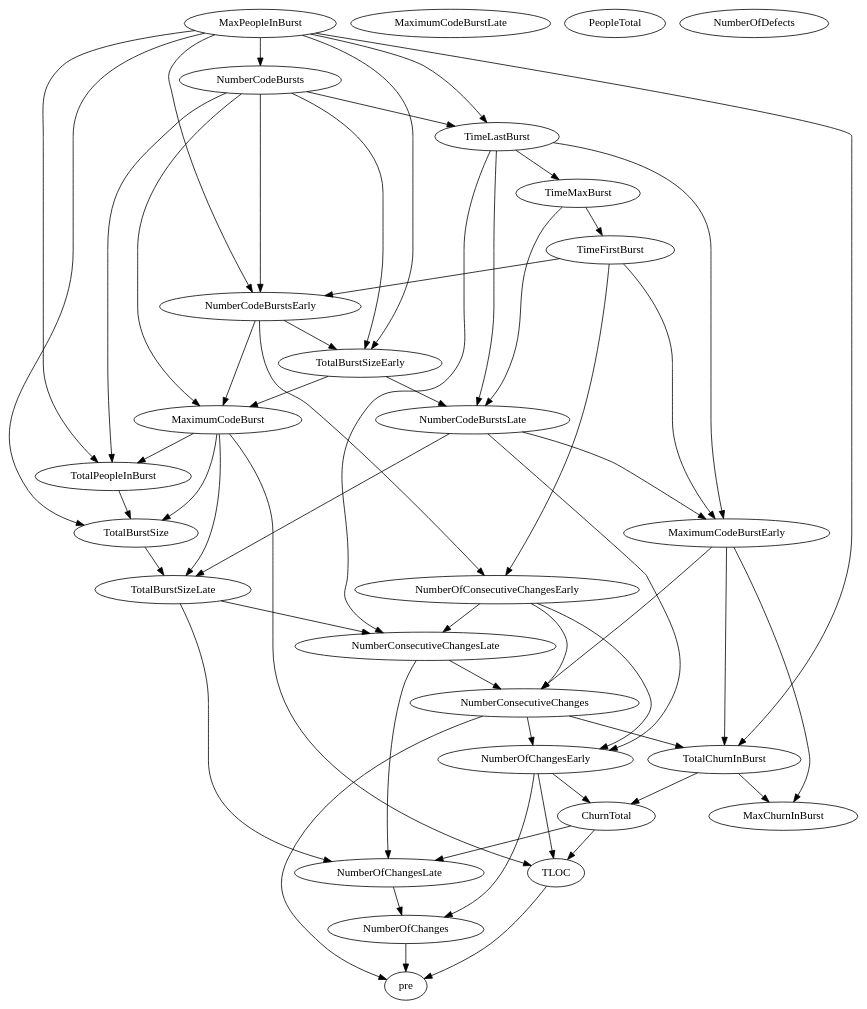
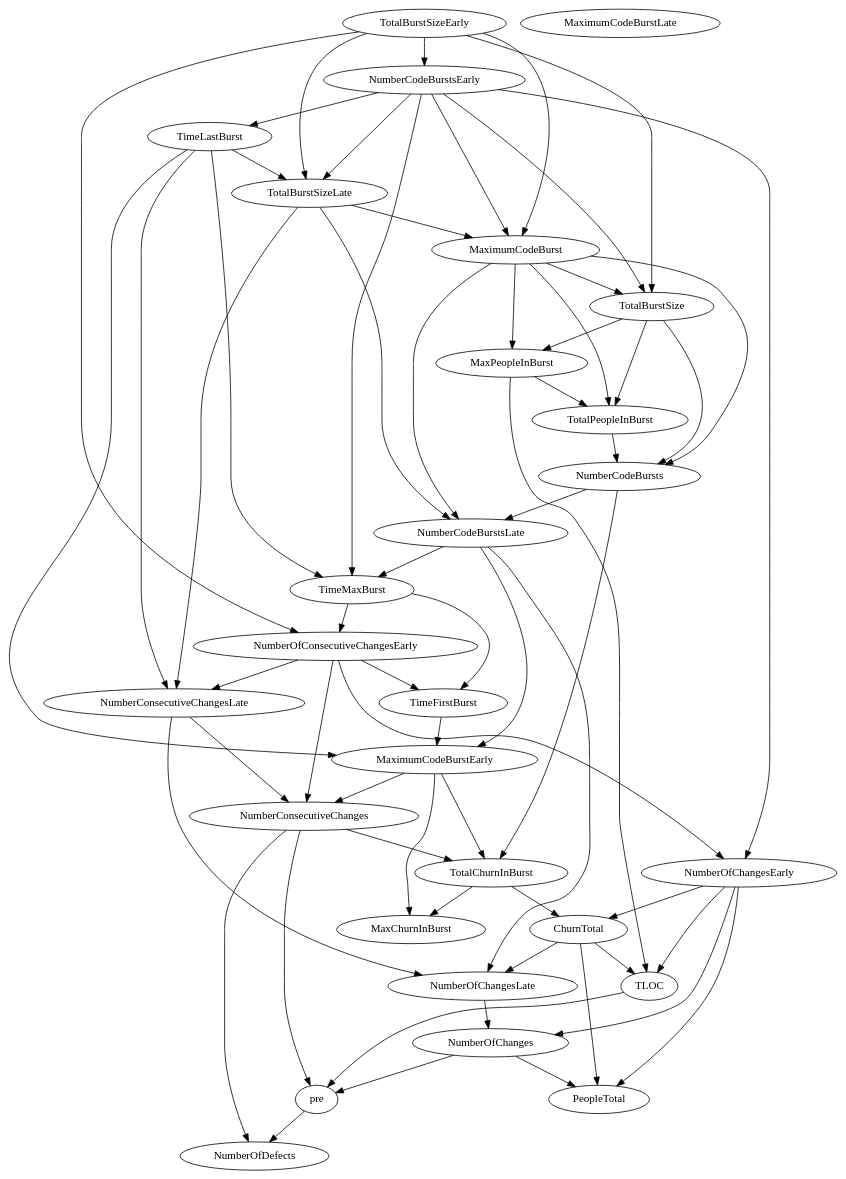
The diagram in experiment_3/bn_graphs/weekly/classes/ECLIPSE21_GAP3-3_BURST3-3/ECLIPSE21_GAP3-3_BURST3-3_bn_5.dot (Broshen/defect_prediction_analysis), drawn with Graphviz before and after one commit. The commit also changed 340 other files, not shown here.

```diff
--- a/experiment_3/bn_graphs/weekly/classes/ECLIPSE21_GAP3-3_BURST3-3/ECLIPSE21_GAP3-3_BURST3-3_bn_5.dot
+++ b/experiment_3/bn_graphs/weekly/classes/ECLIPSE21_GAP3-3_BURST3-3/ECLIPSE21_GAP3-3_BURST3-3_bn_5.dot
@@ -1,87 +1,92 @@
 digraph {
    TotalPeopleInBurst;
    MaximumCodeBurstLate;
    NumberOfChanges;
    MaxPeopleInBurst;
    TotalBurstSizeLate;
    NumberCodeBurstsLate;
    NumberOfChangesLate;
    NumberOfChangesEarly;
    MaxChurnInBurst;
    MaximumCodeBurstEarly;
    NumberCodeBurstsEarly;
    TimeFirstBurst;
    TotalChurnInBurst;
    ChurnTotal;
    MaximumCodeBurst;
    NumberOfConsecutiveChangesEarly;
    NumberConsecutiveChangesLate;
    TotalBurstSizeEarly;
    TotalBurstSize;
    TimeMaxBurst;
    NumberConsecutiveChanges;
    TimeLastBurst;
    NumberCodeBursts;
    PeopleTotal;
    pre;
    NumberOfDefects;
    TLOC;
-   TotalPeopleInBurst -> TotalBurstSize;
+   TotalPeopleInBurst -> NumberCodeBursts;
+   NumberOfChanges -> PeopleTotal;
    NumberOfChanges -> pre;
    MaxPeopleInBurst -> TotalPeopleInBurst;
-   MaxPeopleInBurst -> NumberCodeBurstsEarly;
-   MaxPeopleInBurst -> TotalChurnInBurst;
-   MaxPeopleInBurst -> TotalBurstSizeEarly;
-   MaxPeopleInBurst -> TotalBurstSize;
-   MaxPeopleInBurst -> TimeLastBurst;
-   MaxPeopleInBurst -> NumberCodeBursts;
-   TotalBurstSizeLate -> NumberOfChangesLate;
+   MaxPeopleInBurst -> TLOC;
+   TotalBurstSizeLate -> NumberCodeBurstsLate;
+   TotalBurstSizeLate -> MaximumCodeBurst;
    TotalBurstSizeLate -> NumberConsecutiveChangesLate;
-   NumberCodeBurstsLate -> TotalBurstSizeLate;
-   NumberCodeBurstsLate -> NumberOfChangesEarly;
+   NumberCodeBurstsLate -> NumberOfChangesLate;
    NumberCodeBurstsLate -> MaximumCodeBurstEarly;
+   NumberCodeBurstsLate -> TimeMaxBurst;
    NumberOfChangesLate -> NumberOfChanges;
    NumberOfChangesEarly -> NumberOfChanges;
    NumberOfChangesEarly -> ChurnTotal;
+   NumberOfChangesEarly -> PeopleTotal;
    NumberOfChangesEarly -> TLOC;
    MaximumCodeBurstEarly -> MaxChurnInBurst;
    MaximumCodeBurstEarly -> TotalChurnInBurst;
    MaximumCodeBurstEarly -> NumberConsecutiveChanges;
+   NumberCodeBurstsEarly -> TotalBurstSizeLate;
+   NumberCodeBurstsEarly -> NumberOfChangesEarly;
    NumberCodeBurstsEarly -> MaximumCodeBurst;
-   NumberCodeBurstsEarly -> NumberOfConsecutiveChangesEarly;
-   NumberCodeBurstsEarly -> TotalBurstSizeEarly;
+   NumberCodeBurstsEarly -> TotalBurstSize;
+   NumberCodeBurstsEarly -> TimeMaxBurst;
+   NumberCodeBurstsEarly -> TimeLastBurst;
    TimeFirstBurst -> MaximumCodeBurstEarly;
-   TimeFirstBurst -> NumberCodeBurstsEarly;
-   TimeFirstBurst -> NumberOfConsecutiveChangesEarly;
    TotalChurnInBurst -> MaxChurnInBurst;
    TotalChurnInBurst -> ChurnTotal;
    ChurnTotal -> NumberOfChangesLate;
+   ChurnTotal -> PeopleTotal;
    ChurnTotal -> TLOC;
    MaximumCodeBurst -> TotalPeopleInBurst;
-   MaximumCodeBurst -> TotalBurstSizeLate;
+   MaximumCodeBurst -> MaxPeopleInBurst;
+   MaximumCodeBurst -> NumberCodeBurstsLate;
    MaximumCodeBurst -> TotalBurstSize;
-   MaximumCodeBurst -> TLOC;
+   MaximumCodeBurst -> NumberCodeBursts;
    NumberOfConsecutiveChangesEarly -> NumberOfChangesEarly;
+   NumberOfConsecutiveChangesEarly -> TimeFirstBurst;
    NumberOfConsecutiveChangesEarly -> NumberConsecutiveChangesLate;
    NumberOfConsecutiveChangesEarly -> NumberConsecutiveChanges;
    NumberConsecutiveChangesLate -> NumberOfChangesLate;
    NumberConsecutiveChangesLate -> NumberConsecutiveChanges;
-   TotalBurstSizeEarly -> NumberCodeBurstsLate;
+   TotalBurstSizeEarly -> TotalBurstSizeLate;
+   TotalBurstSizeEarly -> NumberCodeBurstsEarly;
    TotalBurstSizeEarly -> MaximumCodeBurst;
-   TotalBurstSize -> TotalBurstSizeLate;
-   TimeMaxBurst -> NumberCodeBurstsLate;
+   TotalBurstSizeEarly -> NumberOfConsecutiveChangesEarly;
+   TotalBurstSizeEarly -> TotalBurstSize;
+   TotalBurstSize -> TotalPeopleInBurst;
+   TotalBurstSize -> MaxPeopleInBurst;
+   TotalBurstSize -> NumberCodeBursts;
    TimeMaxBurst -> TimeFirstBurst;
-   NumberConsecutiveChanges -> NumberOfChangesEarly;
+   TimeMaxBurst -> NumberOfConsecutiveChangesEarly;
    NumberConsecutiveChanges -> TotalChurnInBurst;
    NumberConsecutiveChanges -> pre;
-   TimeLastBurst -> NumberCodeBurstsLate;
+   NumberConsecutiveChanges -> NumberOfDefects;
+   TimeLastBurst -> TotalBurstSizeLate;
    TimeLastBurst -> MaximumCodeBurstEarly;
    TimeLastBurst -> NumberConsecutiveChangesLate;
    TimeLastBurst -> TimeMaxBurst;
-   NumberCodeBursts -> TotalPeopleInBurst;
-   NumberCodeBursts -> NumberCodeBurstsEarly;
-   NumberCodeBursts -> MaximumCodeBurst;
-   NumberCodeBursts -> TotalBurstSizeEarly;
-   NumberCodeBursts -> TimeLastBurst;
+   NumberCodeBursts -> NumberCodeBurstsLate;
+   NumberCodeBursts -> TotalChurnInBurst;
+   pre -> NumberOfDefects;
    TLOC -> pre;
 }
```
